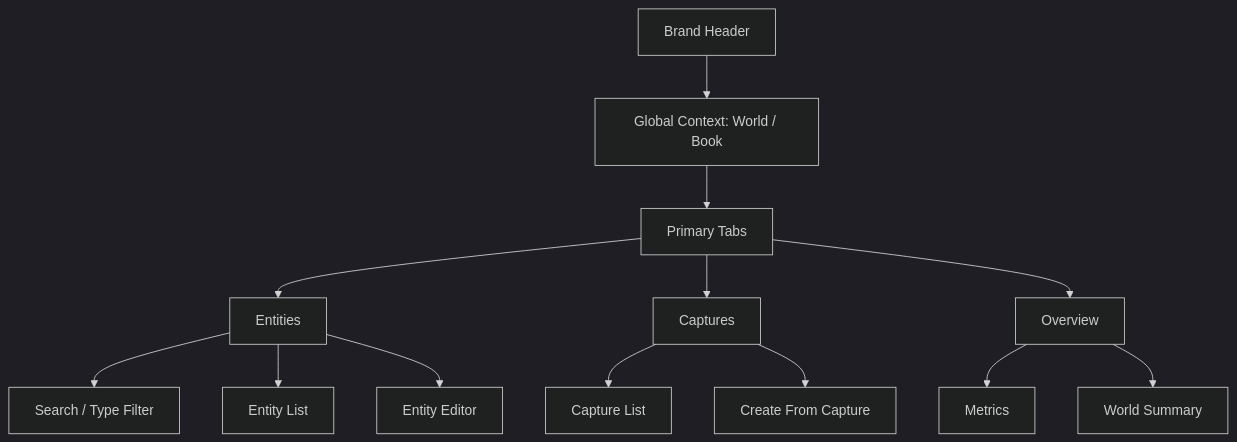
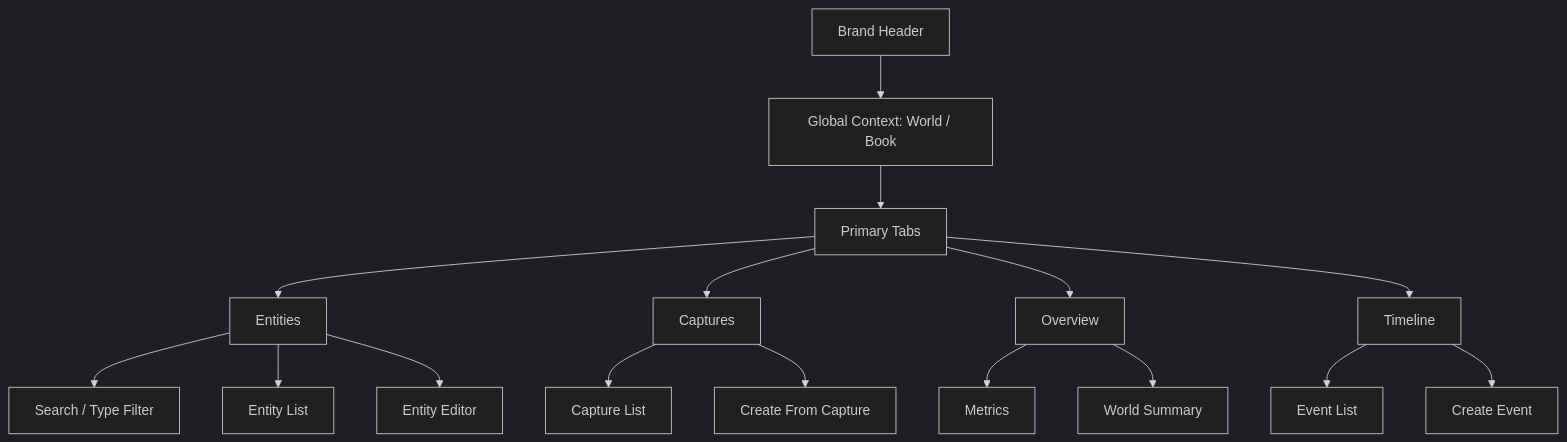
One commit to novedu/World-Link-Alpha changed the first of 2 diagrams in prd/World-Link-Alpha-PRD-overview.md. Above: the diagram before and after it, drawn with Mermaid (dark theme). The commit also changed other lines of this file and 115 other files, not shown here.

````diff
--- a/prd/World-Link-Alpha-PRD-overview.md
+++ b/prd/World-Link-Alpha-PRD-overview.md
@@ -319,18 +359,22 @@
 ```mermaid
 flowchart TD
   A["Brand Header"] --> B["Global Context: World / Book"]
   B --> C["Primary Tabs"]
   C --> D["Entities"]
   C --> E["Captures"]
   C --> F["Overview"]
+  C --> G["Timeline"]
 
   D --> D1["Search / Type Filter"]
   D --> D2["Entity List"]
   D --> D3["Entity Editor"]
 
   E --> E1["Capture List"]
   E --> E2["Create From Capture"]
 
   F --> F1["Metrics"]
   F --> F2["World Summary"]
+
+  G --> G1["Event List"]
+  G --> G2["Create Event"]
 ```
````
